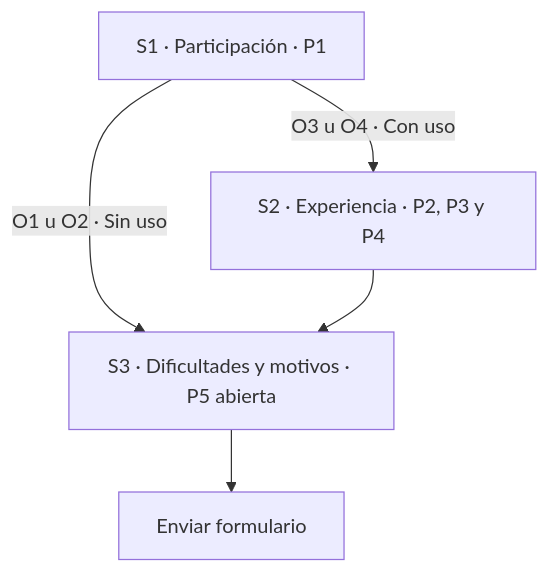
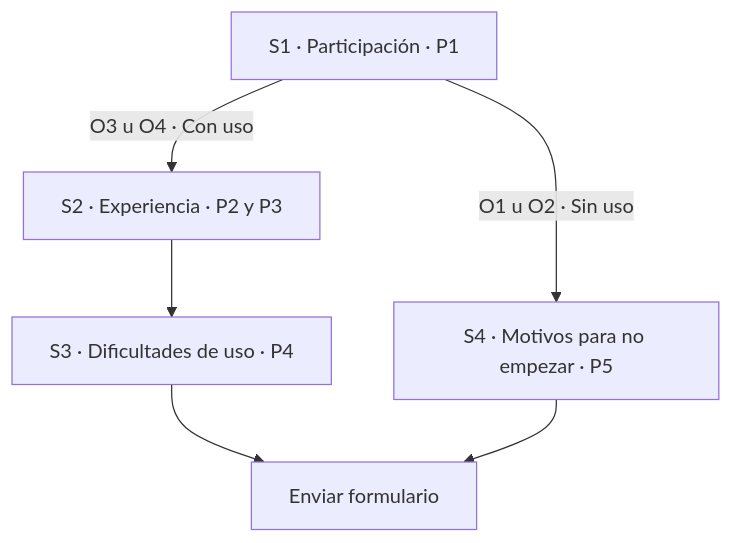
Before and after one commit to jdfesa/lumapse: the diagram in docs/prueba-exploratoria/README.md, drawn with Mermaid. The commit also changed other lines of this file and 2 other files, not shown here.

Commit message:
docs: simplify exploratory trial to one proposed flow

````diff
--- a/docs/prueba-exploratoria/README.md
+++ b/docs/prueba-exploratoria/README.md
@@ -90,11 +84,13 @@
 ```mermaid
 flowchart TD
     S1["S1 · Participación · P1"]
-    S2["S2 · Experiencia · P2, P3 y P4"]
-    S3["S3 · Dificultades y motivos · P5 abierta"]
+    S2["S2 · Experiencia · P2 y P3"]
+    S3["S3 · Dificultades de uso · P4"]
+    S4["S4 · Motivos para no empezar · P5"]
     FIN["Enviar formulario"]
-    S1 -->|"O1 u O2 · Sin uso"| S3
+    S1 -->|"O1 u O2 · Sin uso"| S4
     S1 -->|"O3 u O4 · Con uso"| S2
     S2 --> S3
     S3 --> FIN
+    S4 --> FIN
 ```
````
